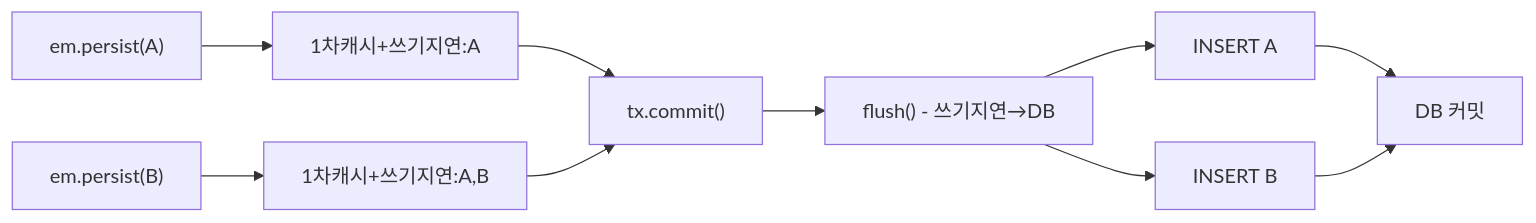
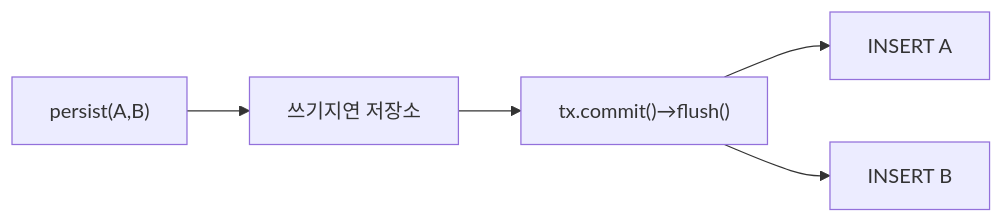
The fourth of 10 diagrams in _posts/jpa/2026-05-01-jpa-fundamentals.md (yjkim2015/yjkim2015.github.io), drawn with Mermaid before and after one commit. The commit also changed other lines of this file and 163 other files, not shown here.

First line of the commit message:
Mermaid 300개 블록 내용 축소: 5노드 5엣지 이하, 의미 있는 약어

````diff
--- a/_posts/jpa/2026-05-01-jpa-fundamentals.md
+++ b/_posts/jpa/2026-05-01-jpa-fundamentals.md
@@ -144,9 +143,6 @@
 ```mermaid
 graph LR
-    PA["em.persist(A)"] --> CA["1차캐시+쓰기지연:A"]
-    PB["em.persist(B)"] --> CB["1차캐시+쓰기지연:A,B"]
-    CA & CB --> TC["tx.commit()"]
-    TC --> FL["flush() - 쓰기지연→DB"]
-    FL --> DB1["INSERT A"] & DB2["INSERT B"]
-    DB1 & DB2 --> CM["DB 커밋"]
+    PA["persist(A,B)"] --> SQL["쓰기지연 저장소"]
+    SQL --> TC["tx.commit()→flush()"]
+    TC --> DB1["INSERT A"] & DB2["INSERT B"]
 ```
````
